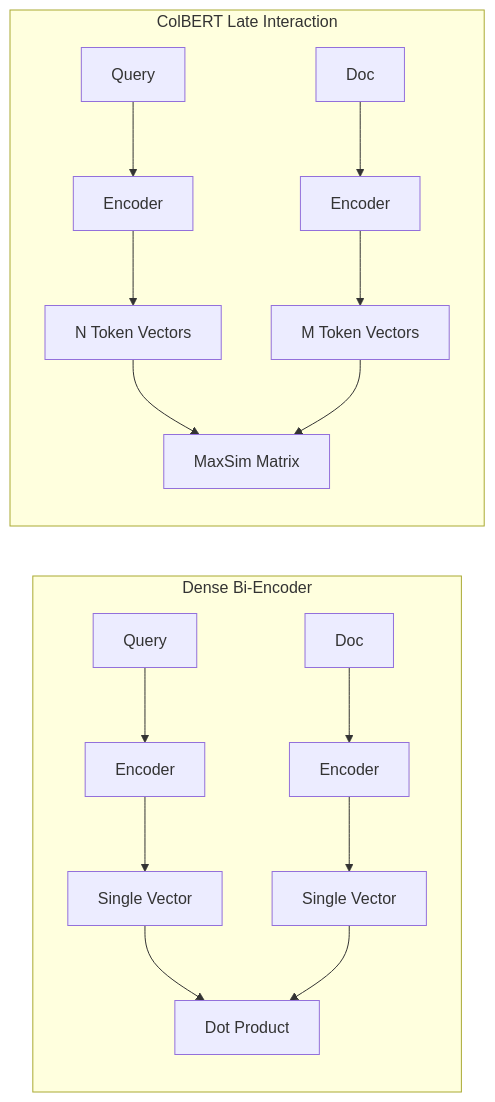
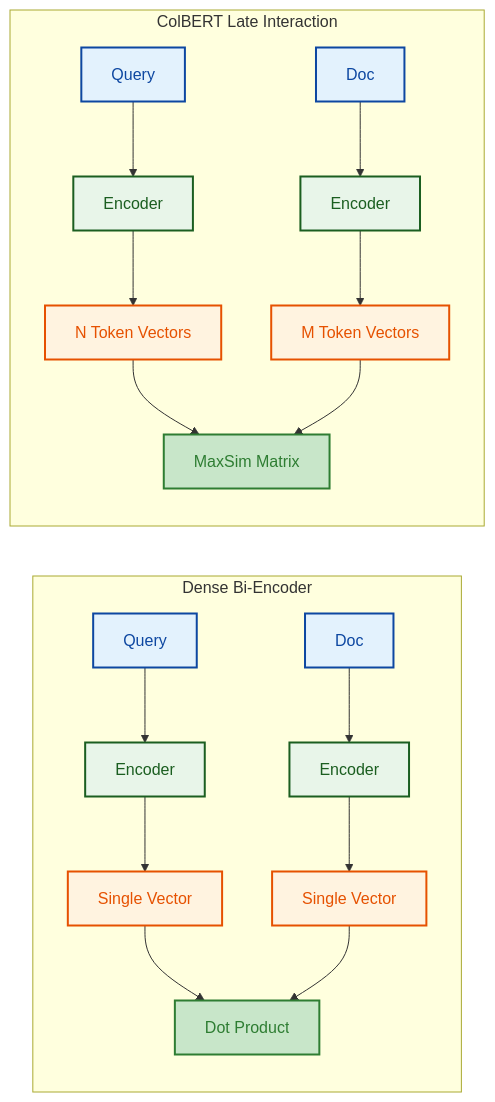
One commit to GyanendraChaubey/AI-Engineering-Notes changed the second of 3 diagrams in docs/04-embeddings/README.md. Above: the diagram before and after it, drawn with Mermaid. The commit also changed other lines of this file and 15 other files, not shown here.

Commit message:
style: apply light color palette to remaining Mermaid diagrams (docs 15 & 16)

````diff
--- a/docs/04-embeddings/README.md
+++ b/docs/04-embeddings/README.md
@@ -95,16 +104,30 @@
 ```mermaid
 flowchart LR
     subgraph DenseBiEncoder ["Dense Bi-Encoder"]
         A1[Query] --> B1[Encoder] --> C1[Single Vector]
         A2[Doc] --> B2[Encoder] --> C2[Single Vector]
         C1 --> D1[Dot Product]
         C2 --> D1
     end
     
     subgraph ColBERTLateInteraction ["ColBERT Late Interaction"]
         E1[Query] --> F1[Encoder] --> G1[N Token Vectors]
         E2[Doc] --> F2[Encoder] --> G2[M Token Vectors]
         G1 --> H1[MaxSim Matrix]
         G2 --> H1
     end
+    style A1 fill:#e3f2fd,stroke:#0d47a1,stroke-width:2px,color:#0d47a1
+    style B1 fill:#e8f5e9,stroke:#1b5e20,stroke-width:2px,color:#1b5e20
+    style C1 fill:#fff3e0,stroke:#e65100,stroke-width:2px,color:#e65100
+    style A2 fill:#e3f2fd,stroke:#0d47a1,stroke-width:2px,color:#0d47a1
+    style B2 fill:#e8f5e9,stroke:#1b5e20,stroke-width:2px,color:#1b5e20
+    style C2 fill:#fff3e0,stroke:#e65100,stroke-width:2px,color:#e65100
+    style D1 fill:#c8e6c9,stroke:#2e7d32,stroke-width:2px,color:#2e7d32
+    style E1 fill:#e3f2fd,stroke:#0d47a1,stroke-width:2px,color:#0d47a1
+    style F1 fill:#e8f5e9,stroke:#1b5e20,stroke-width:2px,color:#1b5e20
+    style G1 fill:#fff3e0,stroke:#e65100,stroke-width:2px,color:#e65100
+    style E2 fill:#e3f2fd,stroke:#0d47a1,stroke-width:2px,color:#0d47a1
+    style F2 fill:#e8f5e9,stroke:#1b5e20,stroke-width:2px,color:#1b5e20
+    style G2 fill:#fff3e0,stroke:#e65100,stroke-width:2px,color:#e65100
+    style H1 fill:#c8e6c9,stroke:#2e7d32,stroke-width:2px,color:#2e7d32
 ```
````
